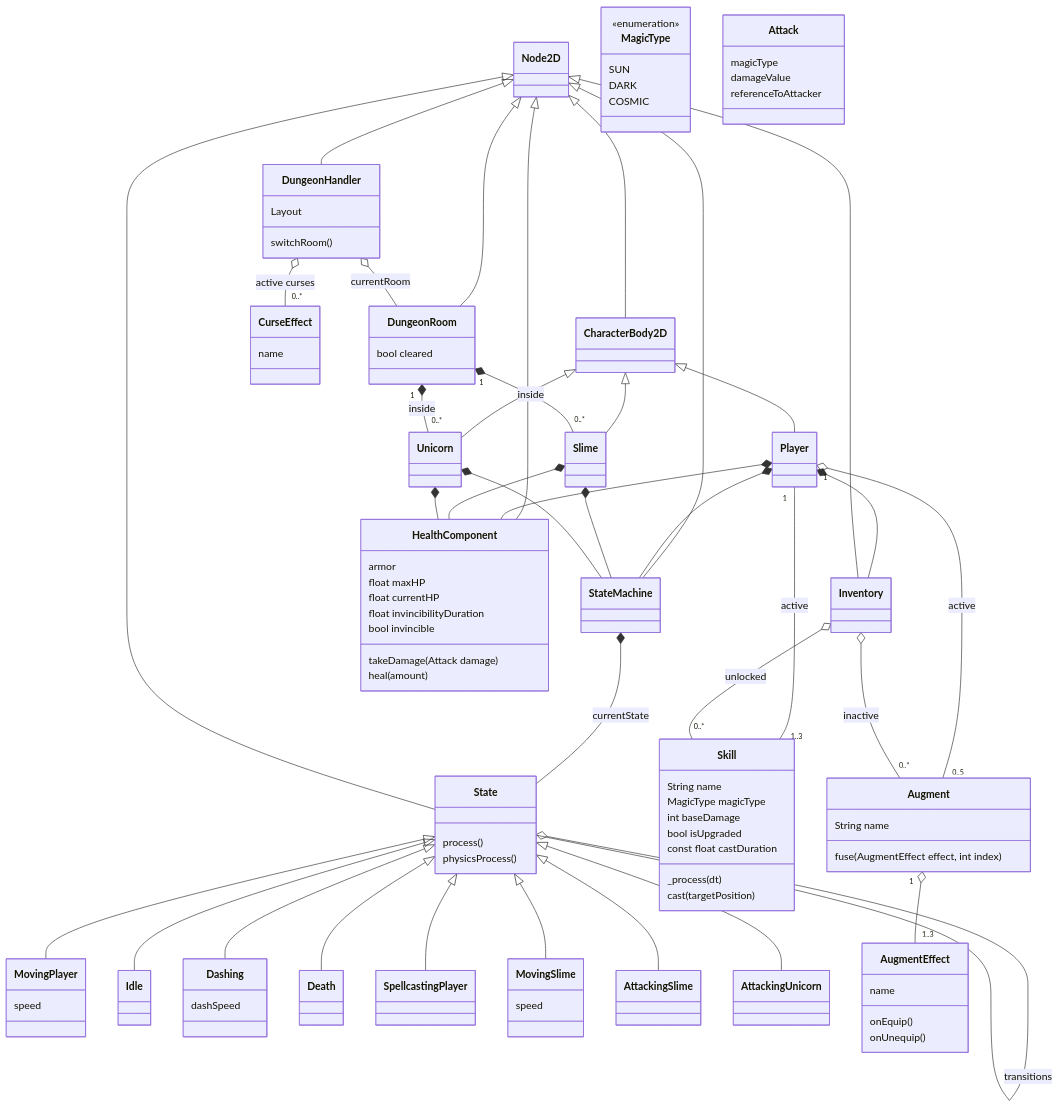
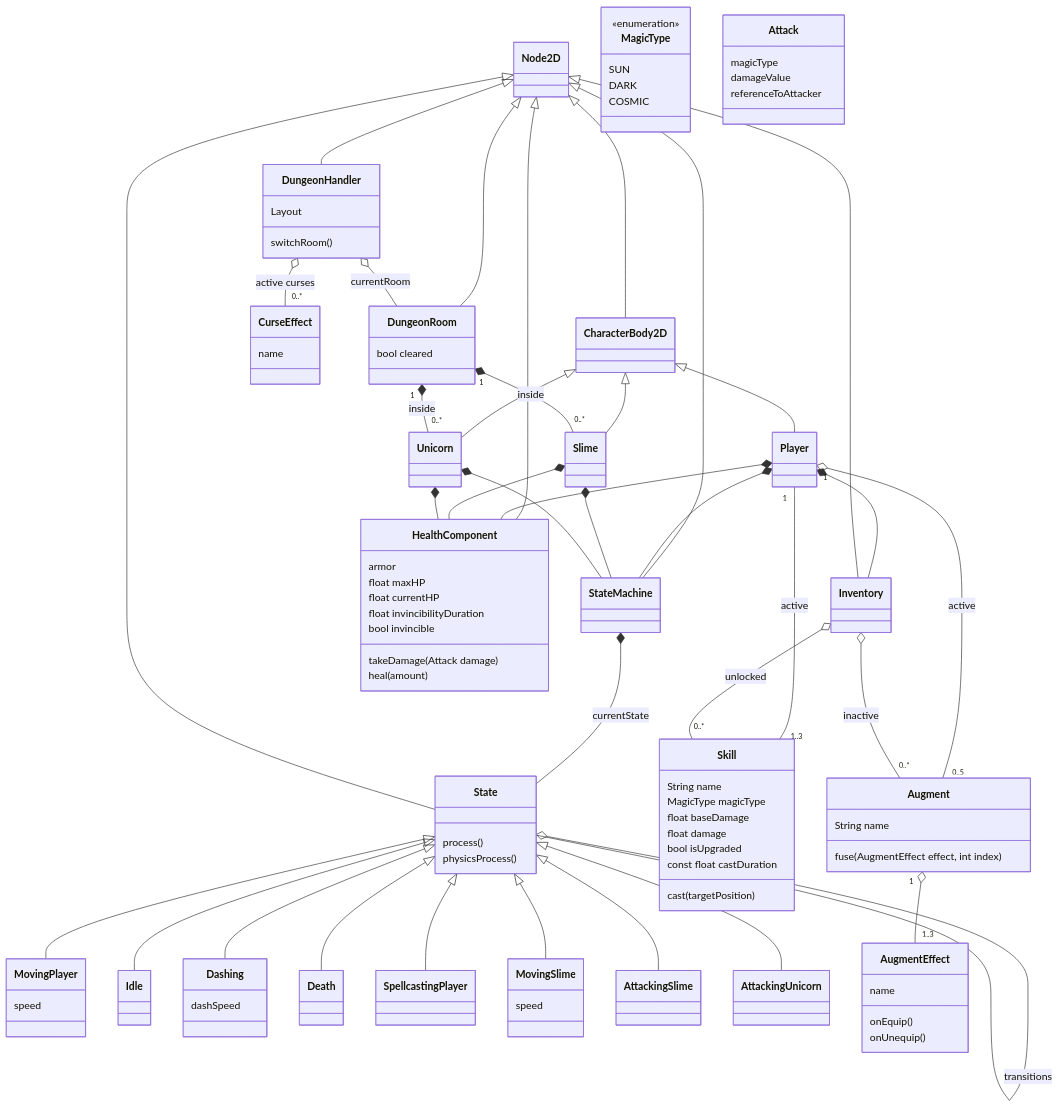
One commit to IntegrierBar/FPComputerGames changed the second of 5 diagrams in RequirementsAnalysis.md. Above: the diagram before and after it, drawn with Mermaid.

```diff
--- a/RequirementsAnalysis.md
+++ b/RequirementsAnalysis.md
@@ -958,10 +958,10 @@
     class Skill {
         String name
         MagicType magicType
-        int baseDamage
+        float baseDamage
+        float damage
         bool isUpgraded
         const float castDuration
-        _process(dt)
         cast(targetPosition)
     }
 
```
